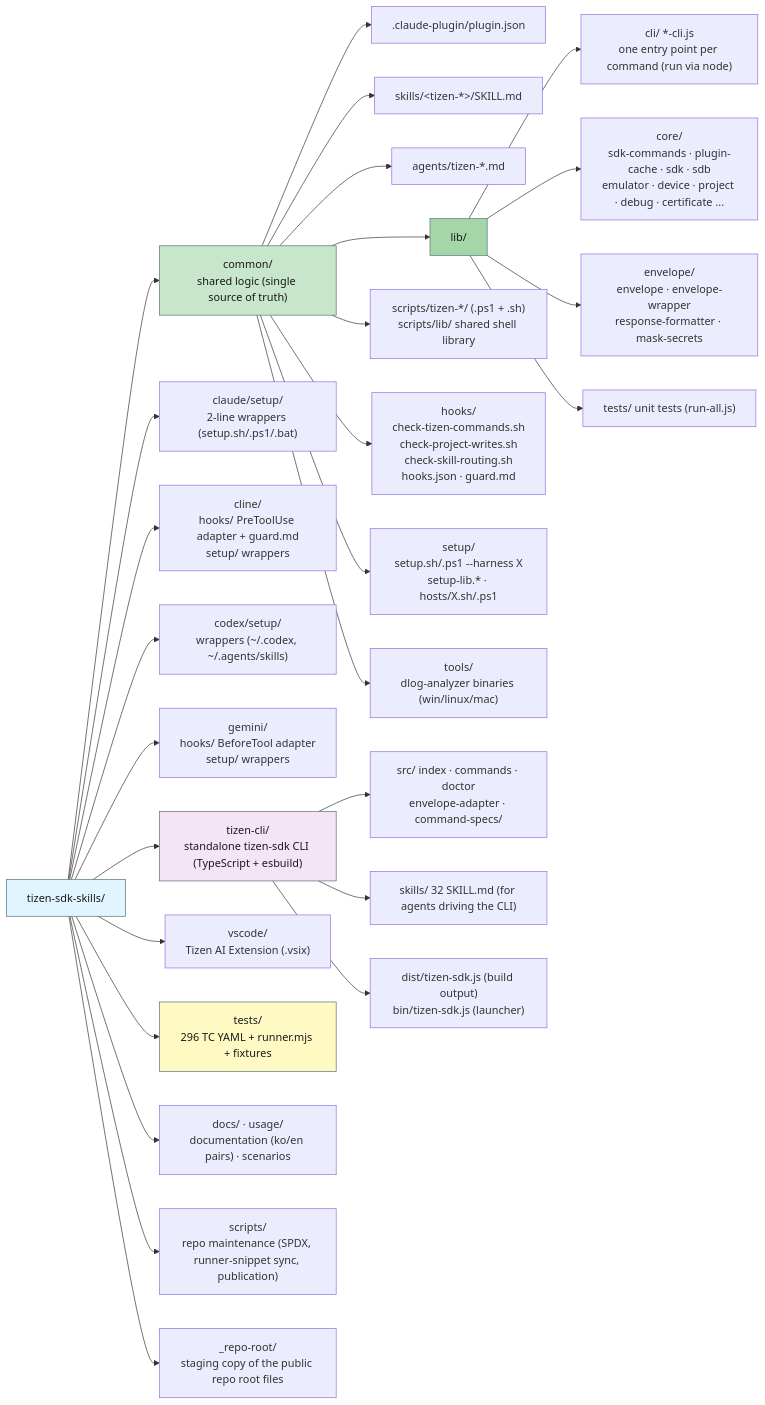
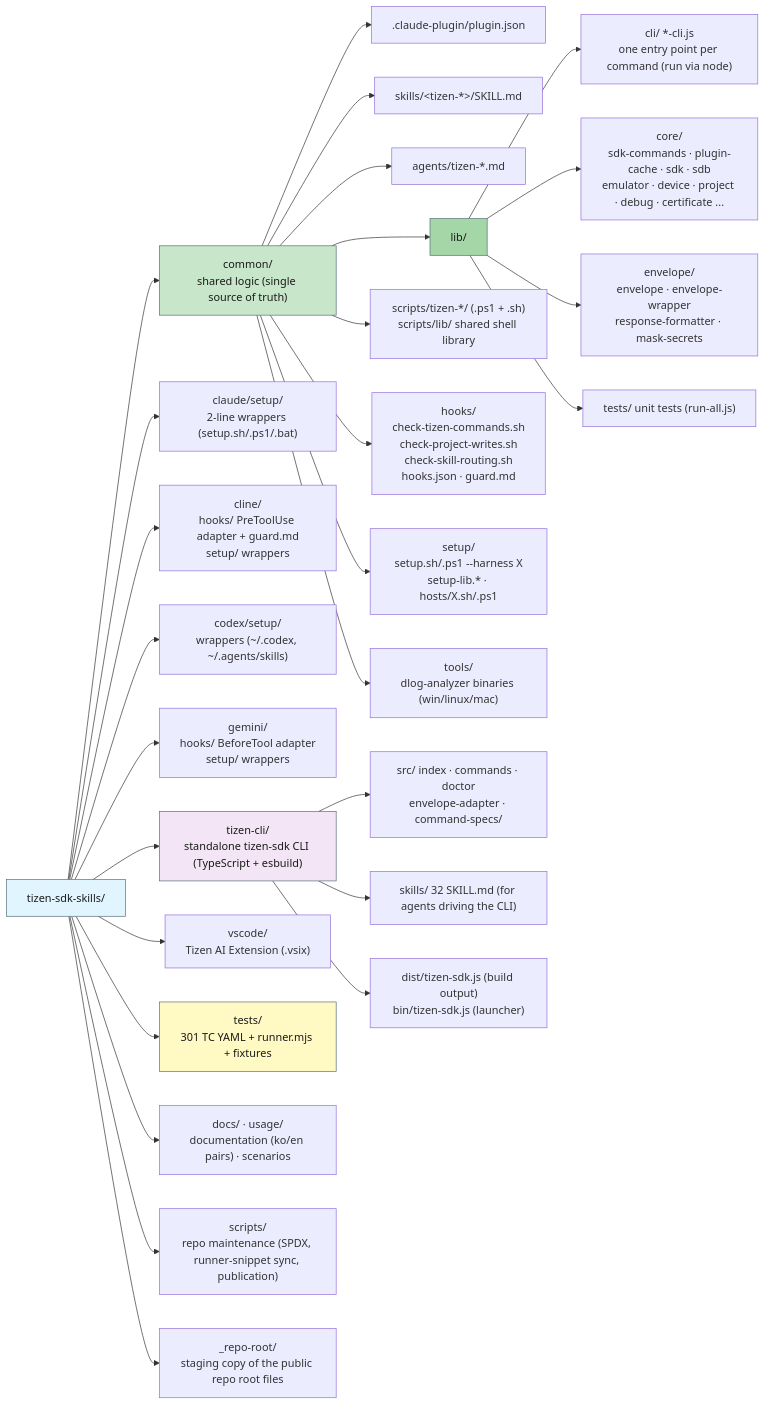
Before and after one commit to Samsung/tizen-agent-skills: the second of 10 diagrams in tizen-sdk-skills/docs/ARCHITECTURE_DIAGRAMS.en.md, drawn with Mermaid. The commit also changed other lines of this file and 12 other files, not shown here.

````diff
--- a/tizen-sdk-skills/docs/ARCHITECTURE_DIAGRAMS.en.md
+++ b/tizen-sdk-skills/docs/ARCHITECTURE_DIAGRAMS.en.md
@@ -77,40 +77,40 @@
 ```mermaid
 graph LR
     ROOT["tizen-sdk-skills/"]
 
     ROOT --> COMMON["common/<br/>shared logic (single source of truth)"]
     ROOT --> CLAUDE["claude/setup/<br/>2-line wrappers (setup.sh/.ps1/.bat)"]
     ROOT --> CLINE["cline/<br/>hooks/ PreToolUse adapter + guard.md<br/>setup/ wrappers"]
     ROOT --> CODEX["codex/setup/<br/>wrappers (~/.codex, ~/.agents/skills)"]
     ROOT --> GEMINI["gemini/<br/>hooks/ BeforeTool adapter<br/>setup/ wrappers"]
     ROOT --> TCLI["tizen-cli/<br/>standalone tizen-sdk CLI (TypeScript + esbuild)"]
     ROOT --> VSC["vscode/<br/>Tizen AI Extension (.vsix)"]
-    ROOT --> TESTS["tests/<br/>296 TC YAML + runner.mjs + fixtures"]
+    ROOT --> TESTS["tests/<br/>301 TC YAML + runner.mjs + fixtures"]
     ROOT --> DOCS["docs/ · usage/<br/>documentation (ko/en pairs) · scenarios"]
     ROOT --> SCR["scripts/<br/>repo maintenance (SPDX, runner-snippet sync, publication)"]
     ROOT --> REPOROOT["_repo-root/<br/>staging copy of the public repo root files"]
 
     COMMON --> C_PLUGIN[".claude-plugin/plugin.json"]
     COMMON --> C_SKILLS["skills/&lt;tizen-*&gt;/SKILL.md"]
     COMMON --> C_AGENTS["agents/tizen-*.md"]
     COMMON --> C_LIB["lib/"]
     COMMON --> C_SCRIPTS["scripts/tizen-*/ (.ps1 + .sh)<br/>scripts/lib/ shared shell library"]
     COMMON --> C_HOOKS["hooks/<br/>check-tizen-commands.sh<br/>check-project-writes.sh<br/>check-skill-routing.sh<br/>hooks.json · guard.md"]
     COMMON --> C_SETUP["setup/<br/>setup.sh/.ps1 --harness X<br/>setup-lib.* · hosts/X.sh/.ps1"]
     COMMON --> C_TOOLS["tools/<br/>dlog-analyzer binaries (win/linux/mac)"]
 
     C_LIB --> L_CLI["cli/ *-cli.js<br/>one entry point per command (run via node)"]
     C_LIB --> L_CORE["core/<br/>sdk-commands · plugin-cache · sdk · sdb<br/>emulator · device · project · debug · certificate ..."]
     C_LIB --> L_ENV["envelope/<br/>envelope · envelope-wrapper<br/>response-formatter · mask-secrets"]
     C_LIB --> L_TESTS["tests/ unit tests (run-all.js)"]
 
     TCLI --> T_SRC["src/ index · commands · doctor<br/>envelope-adapter · command-specs/"]
     TCLI --> T_SKILLS["skills/ 32 SKILL.md (for agents driving the CLI)"]
     TCLI --> T_DIST["dist/tizen-sdk.js (build output)<br/>bin/tizen-sdk.js (launcher)"]
 
     style ROOT fill:#e1f5fe,stroke:#546e7a,color:#1a1a1a
     style COMMON fill:#c8e6c9,stroke:#546e7a,color:#1a1a1a
     style C_LIB fill:#a5d6a7,stroke:#546e7a,color:#1a1a1a
     style TCLI fill:#f3e5f5,stroke:#546e7a,color:#1a1a1a
     style TESTS fill:#fff9c4,stroke:#546e7a,color:#1a1a1a
 ```
````
